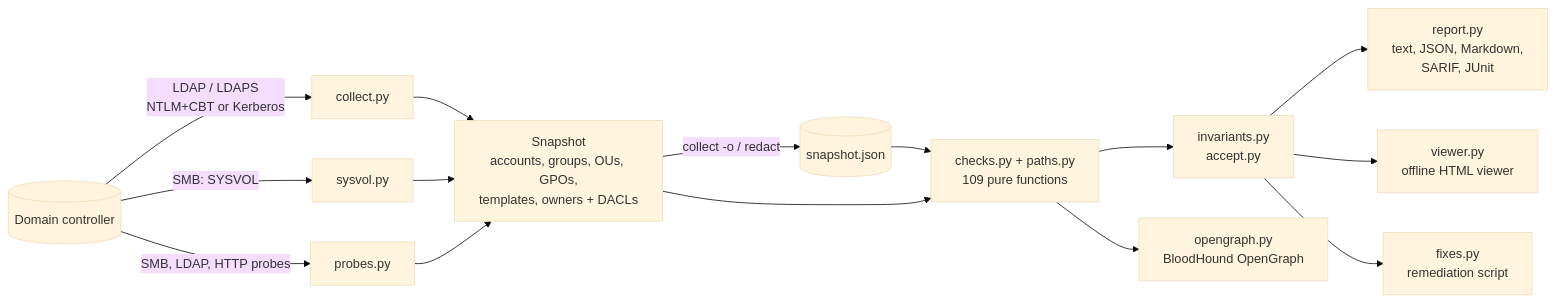
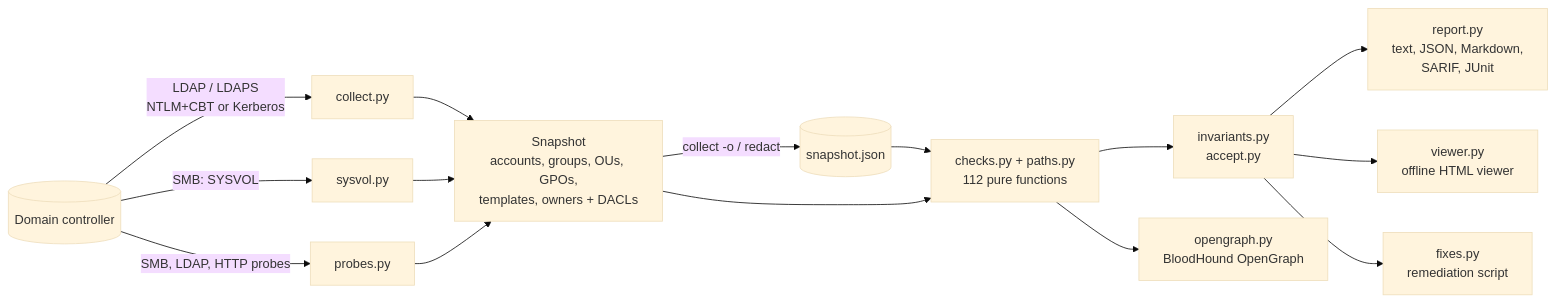
One commit to brkozer/ad-doctor changed the diagram in README.md. Above: the diagram before and after it, drawn with Mermaid (base theme). The commit also changed other lines of this file and 15 other files, not shown here.

````diff
--- a/README.md
+++ b/README.md
@@ -445,17 +454,17 @@
 ```mermaid
 flowchart LR
     DC[(Domain controller)] -- "LDAP / LDAPS<br/>NTLM+CBT or Kerberos" --> C[collect.py]
     DC -- "SMB: SYSVOL" --> V[sysvol.py]
     DC -- "SMB, LDAP, HTTP probes" --> P[probes.py]
     C --> S[Snapshot<br/>accounts, groups, OUs, GPOs,<br/>templates, owners + DACLs]
     V --> S
     P --> S
     S -- "collect -o / redact" --> F[(snapshot.json)]
     F --> A
-    S --> A[checks.py + paths.py<br/>109 pure functions]
+    S --> A[checks.py + paths.py<br/>112 pure functions]
     A --> I[invariants.py<br/>accept.py]
     I --> R[report.py<br/>text, JSON, Markdown,<br/>SARIF, JUnit]
     I --> W[viewer.py<br/>offline HTML viewer]
     I --> X[fixes.py<br/>remediation script]
     A --> O[opengraph.py<br/>BloodHound OpenGraph]
 ```
````
